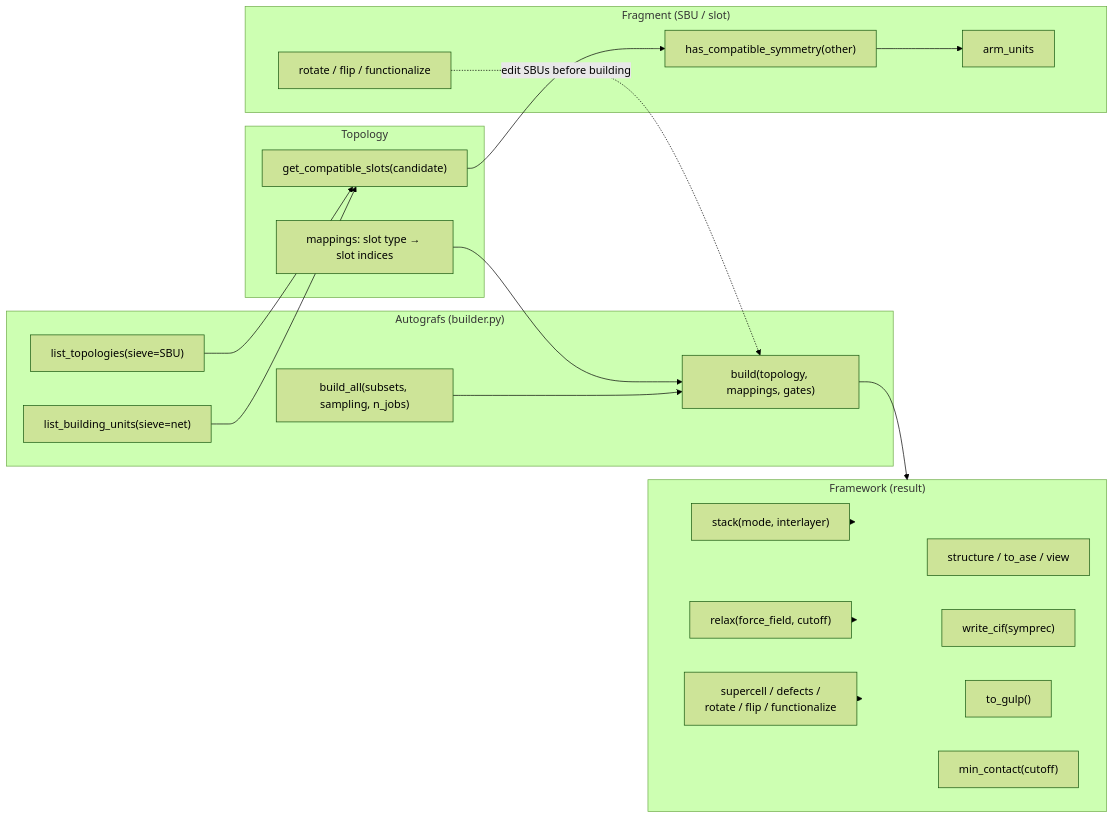
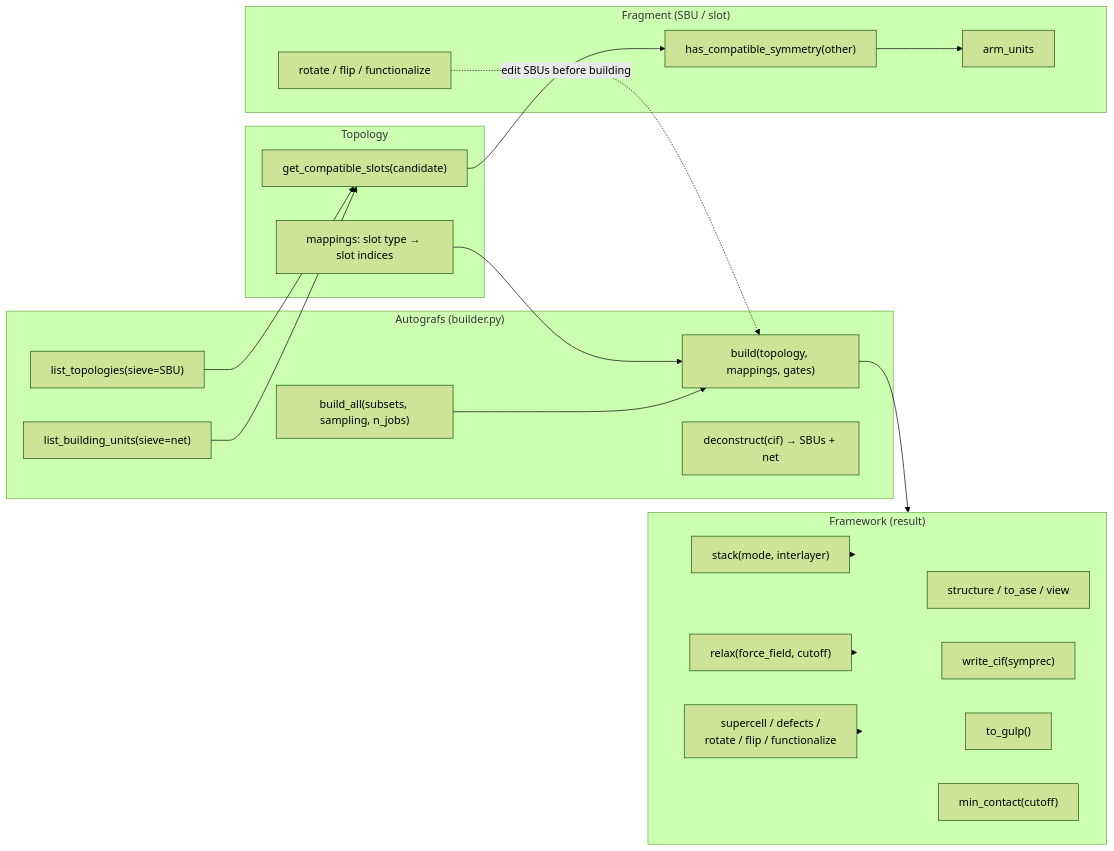
The second of 3 diagrams in README.md (DCoupry/autografs), drawn with Mermaid (forest theme) before and after one commit. The commit also changed other lines of this file and 8 other files, not shown here.

First line of the commit message:
Framework deconstruction: CIF to SBUs + net identification

````diff
--- a/README.md
+++ b/README.md
@@ -290,38 +290,39 @@
 ```mermaid
 flowchart LR
     subgraph AG["Autografs  (builder.py)"]
         LT["list_topologies(sieve=SBU)"]
         LB["list_building_units(sieve=net)"]
         BD["build(topology, mappings, gates)"]
         BA["build_all(subsets, sampling, n_jobs)"]
+        DC["deconstruct(cif) &rarr; SBUs + net"]
     end
     subgraph TP["Topology"]
         TM["mappings: slot type &rarr; slot indices"]
         CS["get_compatible_slots(candidate)"]
     end
     subgraph FR["Fragment  (SBU / slot)"]
         AU["arm_units"]
         HC["has_compatible_symmetry(other)"]
         ED["rotate / flip / functionalize"]
     end
     subgraph FW["Framework  (result)"]
         ST["structure / to_ase / view"]
         WC["write_cif(symprec)"]
         TG["to_gulp()"]
         MC["min_contact(cutoff)"]
         RX["relax(force_field, cutoff)"]
         SK["stack(mode, interlayer)"]
         PE["supercell / defects /<br/>rotate / flip / functionalize"]
     end
     LT --> CS
     LB --> CS
     CS --> HC
     HC --> AU
     ED -. "edit SBUs before building" .-> BD
     TM --> BD
     BA --> BD
     BD --> FW
     SK --> FW
     RX --> FW
     PE --> FW
 ```
````
